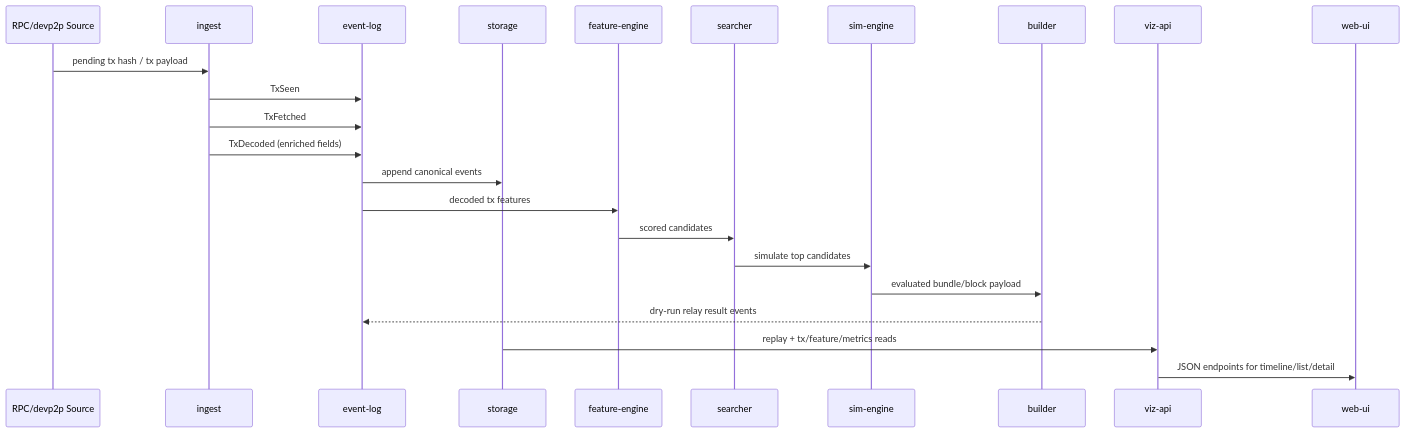
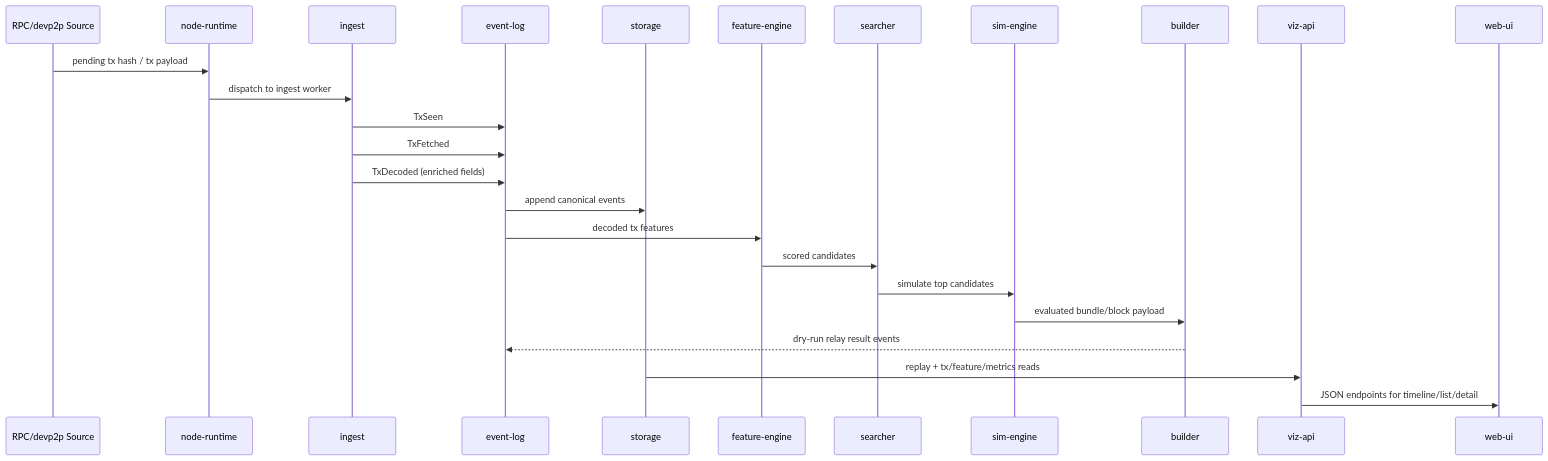
One commit to Yue-Zhou1/mempulse changed the second of 2 diagrams in docs/architecture/v2_architecture_diagram.md. Above: the diagram before and after it, drawn with Mermaid. The commit also changed other lines of this file and 2 other files, not shown here.

Commit message:
docs/chore: add modular runtime verification and cutover guardrails

````diff
--- a/docs/architecture/v2_architecture_diagram.md
+++ b/docs/architecture/v2_architecture_diagram.md
@@ -46,26 +52,28 @@
 ```mermaid
 sequenceDiagram
     participant Src as RPC/devp2p Source
+    participant Runtime as node-runtime
     participant Ingest as ingest
     participant Log as event-log
     participant Store as storage
     participant Feat as feature-engine
     participant Search as searcher
     participant Sim as sim-engine
     participant Build as builder
     participant API as viz-api
     participant UI as web-ui
 
-    Src->>Ingest: pending tx hash / tx payload
+    Src->>Runtime: pending tx hash / tx payload
+    Runtime->>Ingest: dispatch to ingest worker
     Ingest->>Log: TxSeen
     Ingest->>Log: TxFetched
     Ingest->>Log: TxDecoded (enriched fields)
     Log->>Store: append canonical events
     Log->>Feat: decoded tx features
     Feat->>Search: scored candidates
     Search->>Sim: simulate top candidates
     Sim->>Build: evaluated bundle/block payload
     Build-->>Log: dry-run relay result events
     Store->>API: replay + tx/feature/metrics reads
     API->>UI: JSON endpoints for timeline/list/detail
 ```
````
